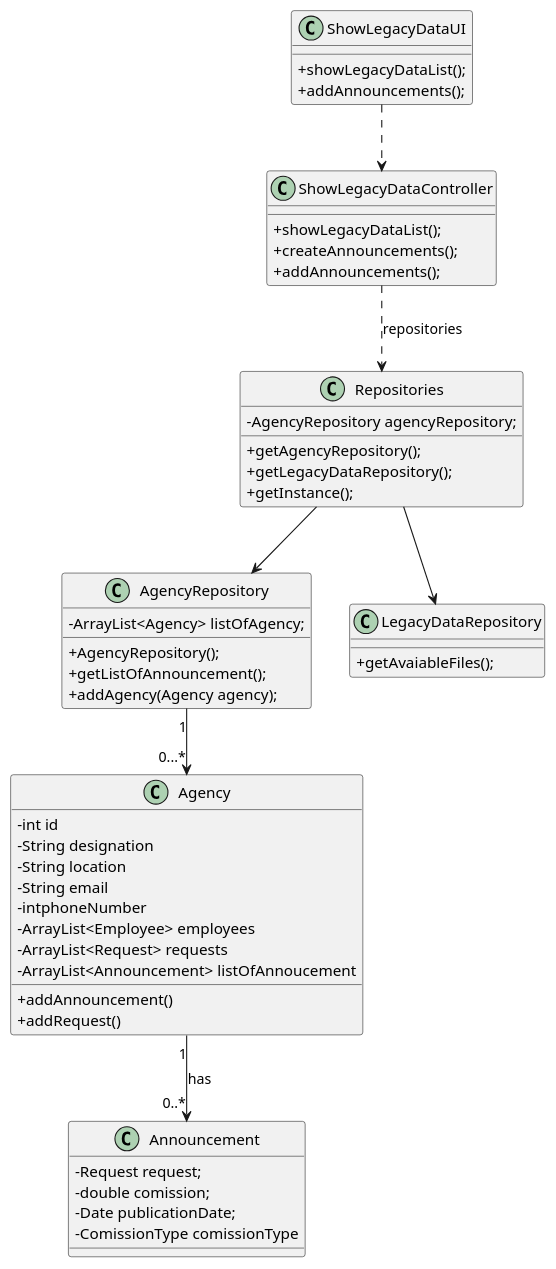
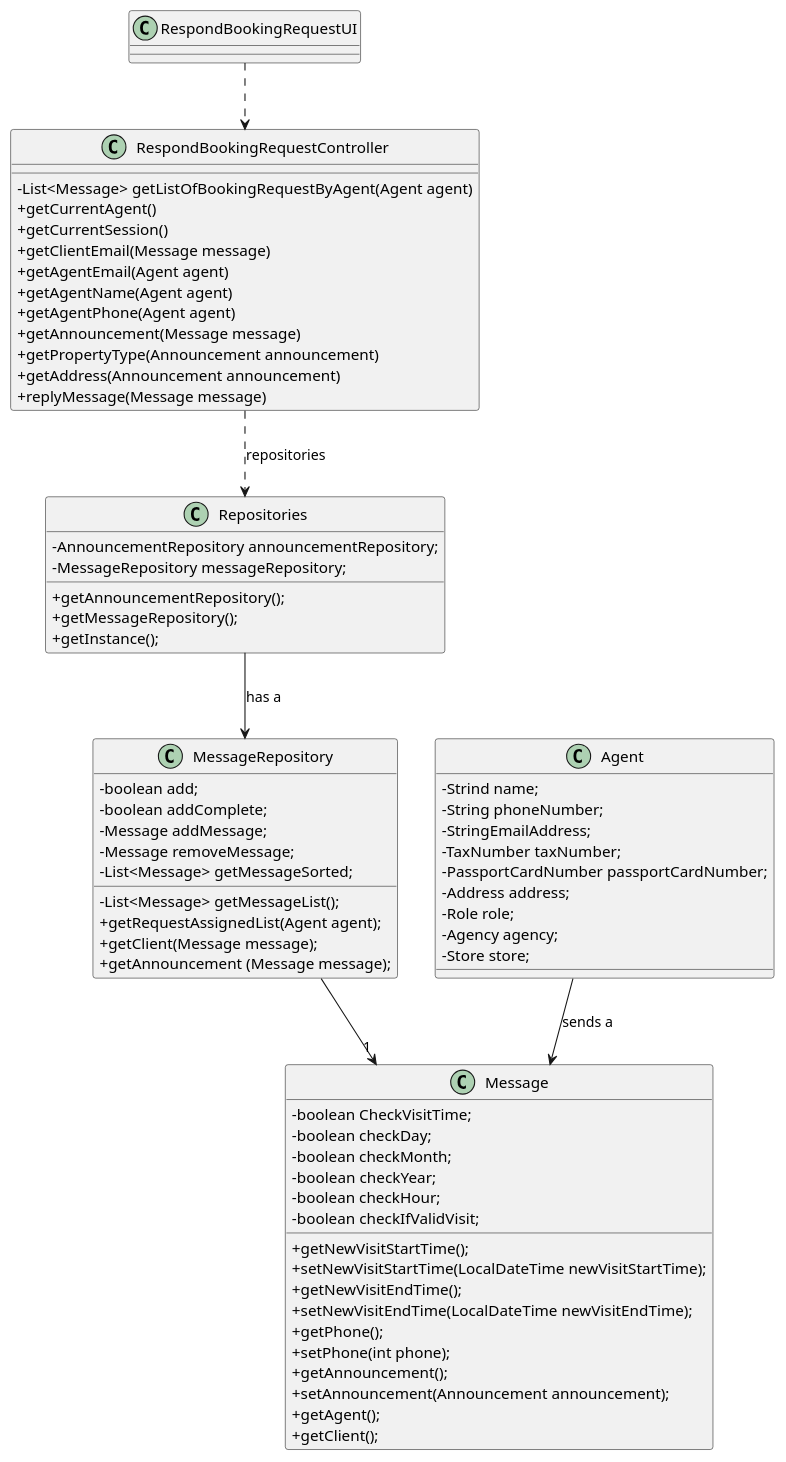
The diagram in docs/sprintD/us016/03.design/puml/us016-class-diagram.puml (1220812/LAPR2), drawn with PlantUML before and after one commit. The commit also changed 4 other files, not shown here.

```diff
--- a/docs/sprintD/us016/03.design/puml/us016-class-diagram.puml
+++ b/docs/sprintD/us016/03.design/puml/us016-class-diagram.puml
@@ -1,70 +1,92 @@
 @startuml
 'skinparam monochrome true
 skinparam packageStyle rectangle
 skinparam shadowing false
 skinparam linetype polyline
 'skinparam linetype orto
 
 skinparam classAttributeIconSize 0
 
 'left to right direction
 
-class ShowLegacyDataUI{
-+showLegacyDataList();
-+addAnnouncements();
+class RespondBookingRequestUI{
 }
 
-class ShowLegacyDataController{
-+showLegacyDataList();
-+createAnnouncements();
-+addAnnouncements();
+class RespondBookingRequestController{
+-List<Message> getListOfBookingRequestByAgent(Agent agent)
++getCurrentAgent()
++getCurrentSession()
++getClientEmail(Message message)
++getAgentEmail(Agent agent)
++getAgentName(Agent agent)
++getAgentPhone(Agent agent)
++getAnnouncement(Message message)
++getPropertyType(Announcement announcement)
++getAddress(Announcement announcement)
++replyMessage(Message message)
 }
 
-class AgencyRepository{
--ArrayList<Agency> listOfAgency;
-+AgencyRepository();
-+getListOfAnnouncement();
-+addAgency(Agency agency);
-}
 
 class Repositories{
--AgencyRepository agencyRepository;
-+getAgencyRepository();
-+getLegacyDataRepository();
+-AnnouncementRepository announcementRepository;
+-MessageRepository messageRepository;
++getAnnouncementRepository();
++getMessageRepository();
 +getInstance();
 }
 
-class LegacyDataRepository{
-+getAvaiableFiles();
+class Message{
+-boolean CheckVisitTime;
+-boolean checkDay;
+-boolean checkMonth;
+-boolean checkYear;
+-boolean checkHour;
+-boolean checkIfValidVisit;
++getNewVisitStartTime();
++setNewVisitStartTime(LocalDateTime newVisitStartTime);
++getNewVisitEndTime();
++setNewVisitEndTime(LocalDateTime newVisitEndTime);
++getPhone();
++setPhone(int phone);
++getAnnouncement();
++setAnnouncement(Announcement announcement);
++getAgent();
++getClient();
 }
 
 
-class Announcement{
--Request request;
--double comission;
--Date publicationDate;
--ComissionType comissionType
+class MessageRepository{
+-boolean add;
+-boolean addComplete;
+-List<Message> getMessageList();
+-Message addMessage;
+-Message removeMessage;
+-List<Message> getMessageSorted;
++getRequestAssignedList(Agent agent);
++getClient(Message message);
++getAnnouncement (Message message);
 }
 
-class Agency{
-   -int id
-   -String designation
-    -String location
-    -String email
-    -intphoneNumber
-    -ArrayList<Employee> employees
-    -ArrayList<Request> requests
-    -ArrayList<Announcement> listOfAnnoucement
-    +addAnnouncement()
-    +addRequest()
+class Agent {
+-Strind name;
+-String phoneNumber;
+-StringEmailAddress;
+-TaxNumber taxNumber;
+-PassportCardNumber passportCardNumber;
+-Address address;
+-Role role;
+-Agency agency;
+-Store store;
 }
 
-ShowLegacyDataUI ..> ShowLegacyDataController
-ShowLegacyDataController ..> Repositories : repositories
-Repositories --> AgencyRepository
-Repositories --> LegacyDataRepository
-AgencyRepository "1" --> "0...*" Agency
-Agency "1" --> "0..*" Announcement : has
+
+
+RespondBookingRequestUI ..> RespondBookingRequestController
+RespondBookingRequestController ..> Repositories : repositories
+Repositories --> MessageRepository : has a
+
+Agent --> Message: sends a
+MessageRepository --> "1" Message
 
 
 @enduml
```
